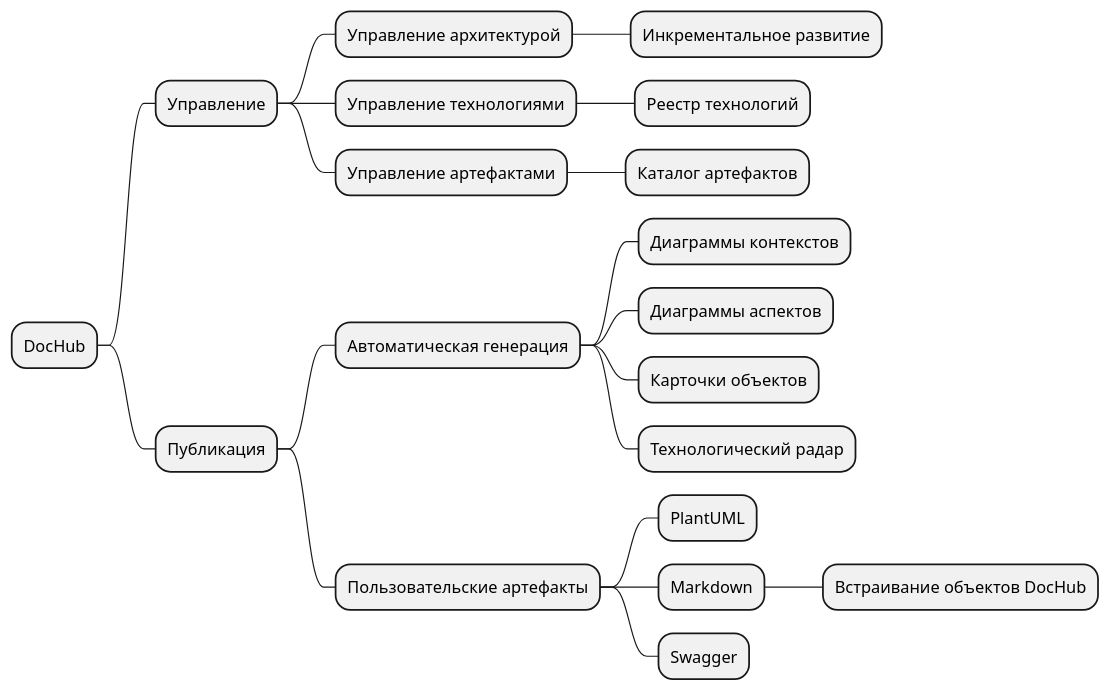
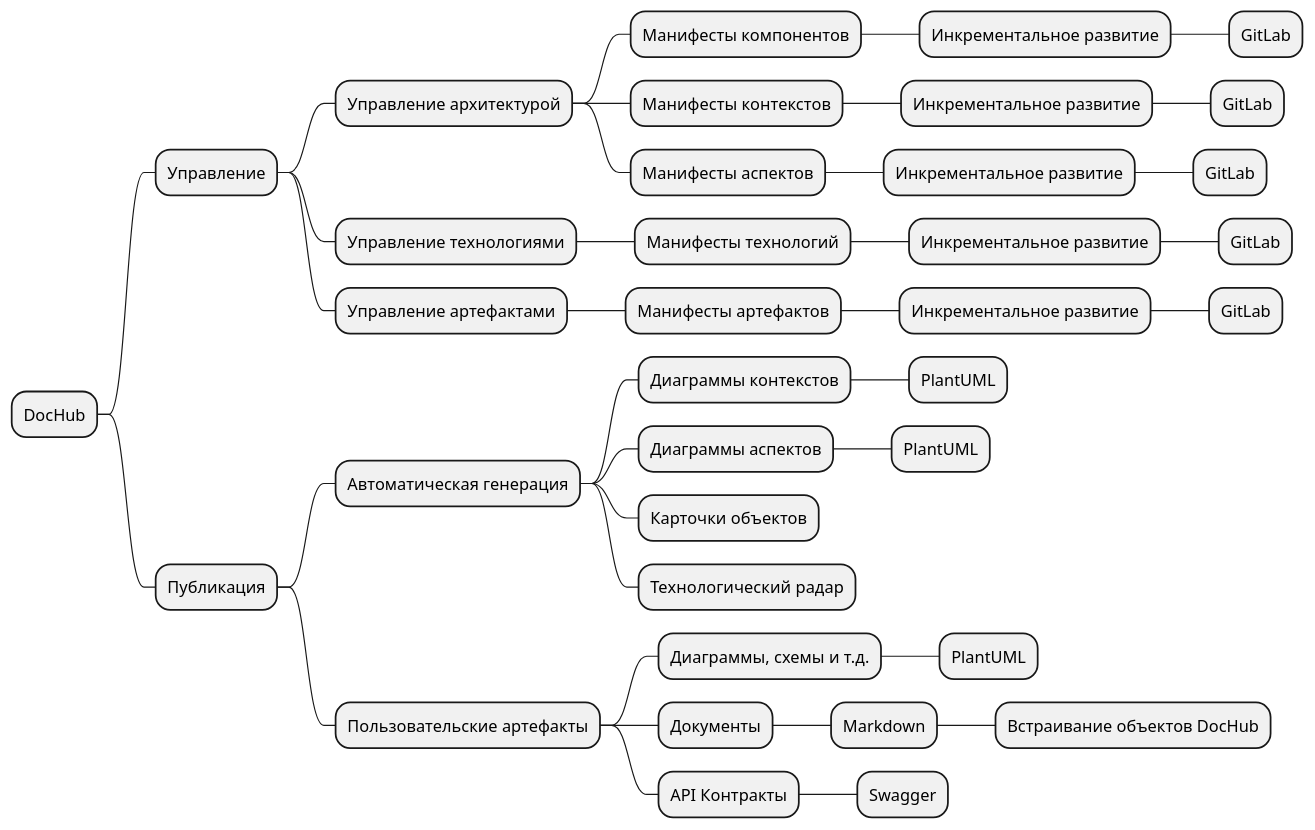
Before and after one commit to RabotaRu/DocHubDemo: the diagram in docs/conception/mindmap.puml, drawn with PlantUML.

Commit message:
Developing documentation

```diff
--- a/docs/conception/mindmap.puml
+++ b/docs/conception/mindmap.puml
@@ -1,21 +1,38 @@
 @startmindmap
 * DocHub
 ** Управление
 *** Управление архитектурой
-**** Инкрементальное развитие
+**** Манифесты компонентов
+***** Инкрементальное развитие
+****** GitLab
+**** Манифесты контекстов
+***** Инкрементальное развитие
+****** GitLab
+**** Манифесты аспектов
+***** Инкрементальное развитие
+****** GitLab
 *** Управление технологиями
-**** Реестр технологий
+**** Манифесты технологий
+***** Инкрементальное развитие
+****** GitLab
 *** Управление артефактами
-**** Каталог артефактов
+**** Манифесты артефактов
+***** Инкрементальное развитие
+****** GitLab
 ** Публикация
 *** Автоматическая генерация
 **** Диаграммы контекстов
+***** PlantUML
 **** Диаграммы аспектов
+***** PlantUML
 **** Карточки объектов
 **** Технологический радар
 *** Пользовательские артефакты
-**** PlantUML
-**** Markdown
-***** Встраивание объектов DocHub
-**** Swagger
+**** Диаграммы, схемы и т.д.
+***** PlantUML
+**** Документы
+***** Markdown
+****** Встраивание объектов DocHub
+**** API Контракты
+***** Swagger
 @endmindmap
```
